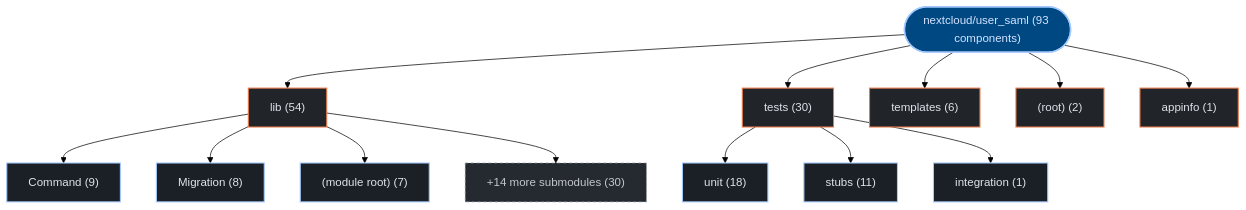
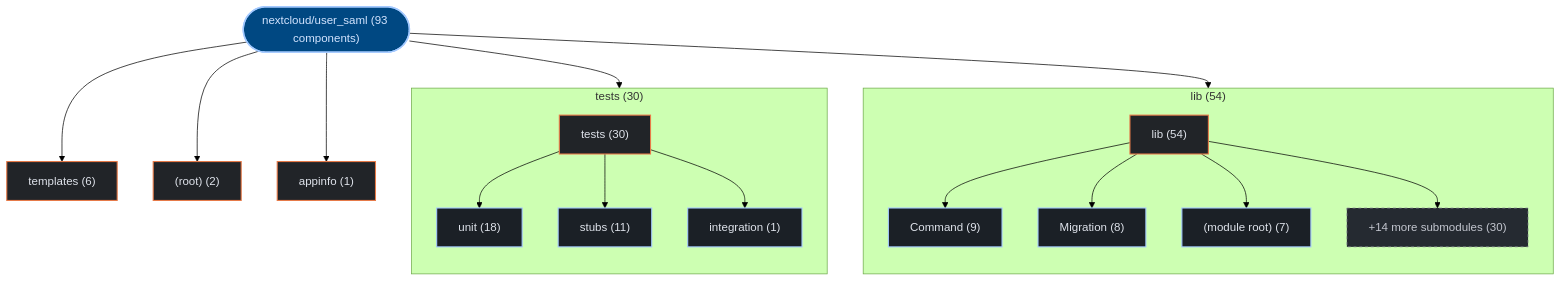
One commit to kumarshaz/atruss-code-atlas changed the first of 2 diagrams in exports/latest/reports/nextcloud-user_saml-report.md. Above: the diagram before and after it, drawn with Mermaid (forest theme). The commit also changed 178 other files, not shown here.

Commit message:
feat(ui,mermaid): upgrade to mermaid v12 + ELK layout, add orgs-summary + pagination, subgraph building blocks, fix tab alignment

````diff
--- a/exports/latest/reports/nextcloud-user_saml-report.md
+++ b/exports/latest/reports/nextcloud-user_saml-report.md
@@ -42,35 +42,41 @@
 ```mermaid
 graph TD;
   classDef atlasRoot fill:#004882,stroke:#a3c9ff,stroke-width:2px,color:#d3e4ff
   classDef atlasCategory fill:#212428,stroke:#E87A48,stroke-width:1.5px,color:#dfe3eb
   classDef atlasWorkflow fill:#1b2026,stroke:#a3c9ff,stroke-width:1.5px,color:#dfe3eb
   classDef atlasJob fill:#171c22,stroke:#8d9199,stroke-width:1px,color:#dfe3eb
   classDef atlasTarget fill:#005227,stroke:#8bd99b,stroke-width:1.5px,color:#a7f6b6
   classDef atlasAlert fill:#93000a,stroke:#ffb4ab,stroke-width:1.5px,color:#ffdad6
   classDef atlasMore fill:#252a31,stroke:#8d9199,stroke-dasharray:4 4,color:#c3c6cf
     repo_root(["nextcloud/user_saml (93 components)"]):::atlasRoot
-    dir_0_lib["lib (54)"]:::atlasCategory
+    subgraph sg_dir_0_lib["lib (54)"]
+      direction TB
+      dir_0_lib["lib (54)"]:::atlasCategory
+      sub_0_0_Command["Command (9)"]:::atlasWorkflow
+      dir_0_lib --> sub_0_0_Command
+      sub_0_1_Migration["Migration (8)"]:::atlasWorkflow
+      dir_0_lib --> sub_0_1_Migration
+      sub_0_2__module_root_["(module root) (7)"]:::atlasWorkflow
+      dir_0_lib --> sub_0_2__module_root_
+      sub_0_more["+14 more submodules (30)"]:::atlasMore
+      dir_0_lib --> sub_0_more
+    end
     repo_root --> dir_0_lib
-    sub_0_0_Command["Command (9)"]:::atlasWorkflow
-    dir_0_lib --> sub_0_0_Command
-    sub_0_1_Migration["Migration (8)"]:::atlasWorkflow
-    dir_0_lib --> sub_0_1_Migration
-    sub_0_2__module_root_["(module root) (7)"]:::atlasWorkflow
-    dir_0_lib --> sub_0_2__module_root_
-    sub_0_more["+14 more submodules (30)"]:::atlasMore
-    dir_0_lib --> sub_0_more
-    dir_1_tests["tests (30)"]:::atlasCategory
+    subgraph sg_dir_1_tests["tests (30)"]
+      direction TB
+      dir_1_tests["tests (30)"]:::atlasCategory
+      sub_1_0_unit["unit (18)"]:::atlasWorkflow
+      dir_1_tests --> sub_1_0_unit
+      sub_1_1_stubs["stubs (11)"]:::atlasWorkflow
+      dir_1_tests --> sub_1_1_stubs
+      sub_1_2_integration["integration (1)"]:::atlasWorkflow
+      dir_1_tests --> sub_1_2_integration
+    end
     repo_root --> dir_1_tests
-    sub_1_0_unit["unit (18)"]:::atlasWorkflow
-    dir_1_tests --> sub_1_0_unit
-    sub_1_1_stubs["stubs (11)"]:::atlasWorkflow
-    dir_1_tests --> sub_1_1_stubs
-    sub_1_2_integration["integration (1)"]:::atlasWorkflow
-    dir_1_tests --> sub_1_2_integration
     dir_2_templates["templates (6)"]:::atlasCategory
     repo_root --> dir_2_templates
     dir_3__root_["(root) (2)"]:::atlasCategory
     repo_root --> dir_3__root_
     dir_4_appinfo["appinfo (1)"]:::atlasCategory
     repo_root --> dir_4_appinfo
 ```
````
